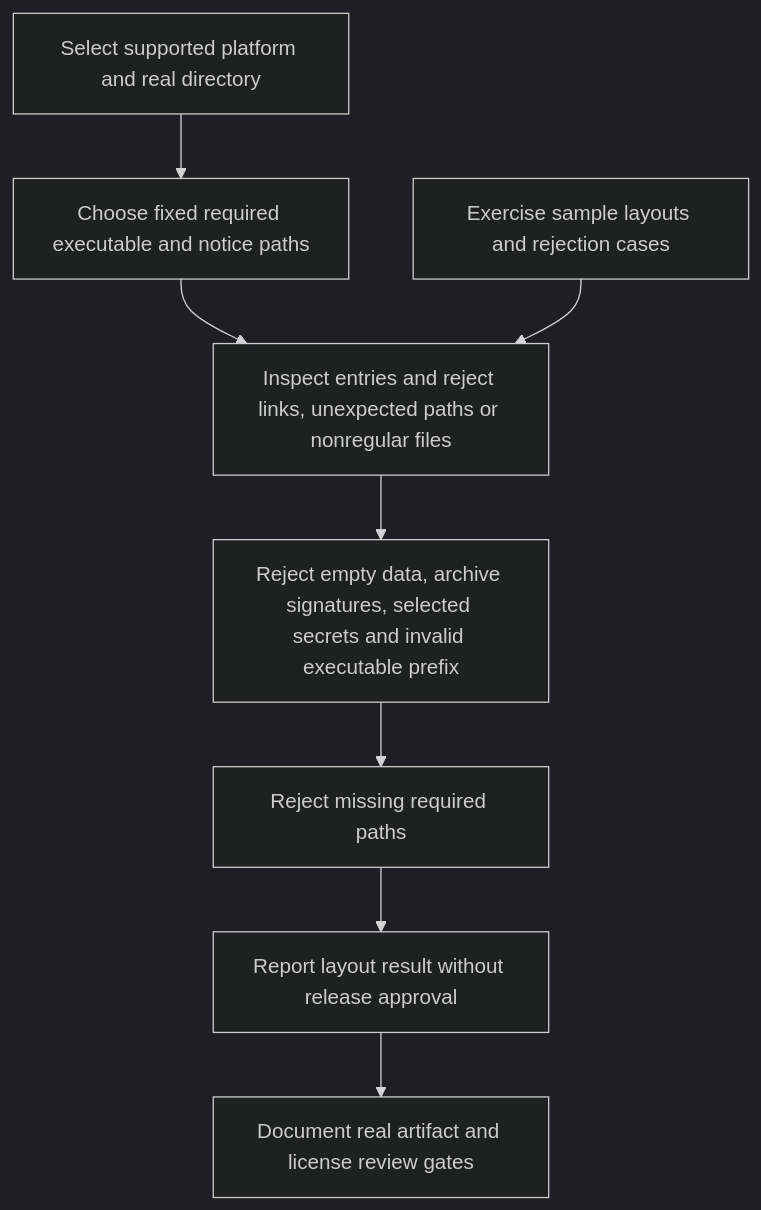
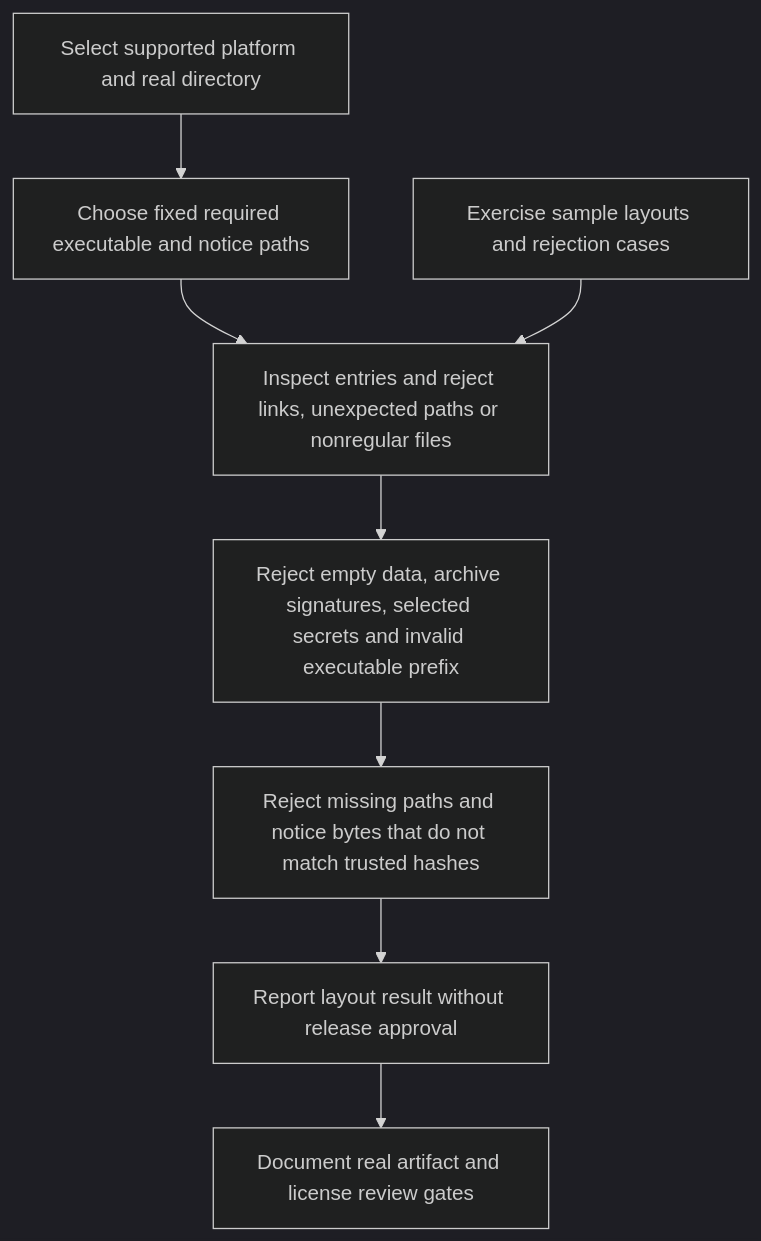
One commit to KarlSideProjects/hwmonitor-mqtt changed the diagram in docs/flows/sender.release-inspection.mmd. Above: the diagram before and after it, drawn with Mermaid (dark theme). The commit also changed 13 other files, not shown here.

```diff
--- a/docs/flows/sender.release-inspection.mmd
+++ b/docs/flows/sender.release-inspection.mmd
@@ -1,16 +1,16 @@
 flowchart TD
     A["Select supported platform and real directory"]
     B["Choose fixed required executable and notice paths"]
     C["Inspect entries and reject links, unexpected paths or nonregular files"]
     D["Reject empty data, archive signatures, selected secrets and invalid executable prefix"]
-    E["Reject missing required paths"]
+    E["Reject missing paths and notice bytes that do not match trusted hashes"]
     F["Report layout result without release approval"]
     G["Document real artifact and license review gates"]
     H["Exercise sample layouts and rejection cases"]
     A --> B
     B --> C
     C --> D
     D --> E
     E --> F
     F --> G
     H --> C
```
